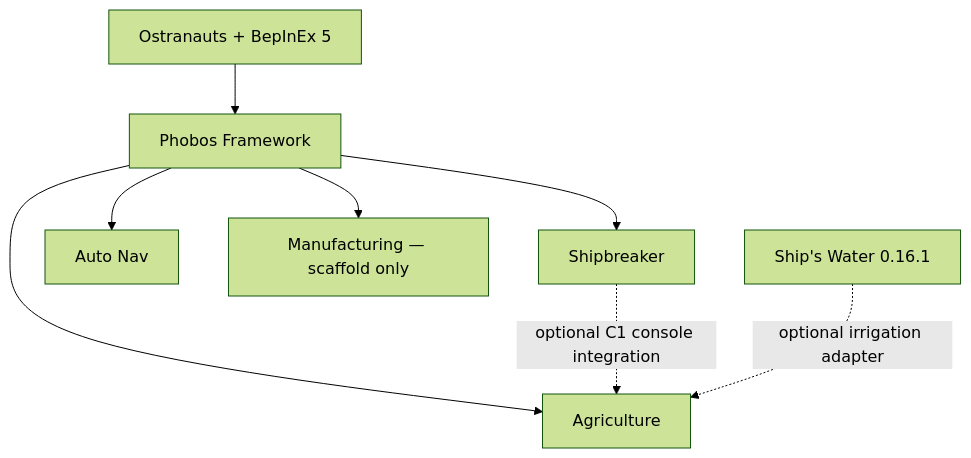
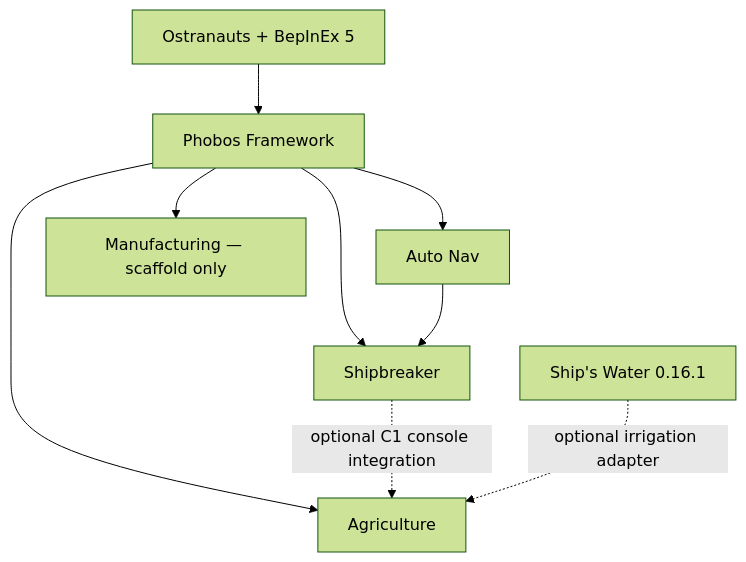
The diagram in README.md (phobos-dthorga/phobos-ostranauts), drawn with Mermaid (forest theme) before and after one commit. The commit also changed other lines of this file and 105 other files, not shown here.

````diff
--- a/README.md
+++ b/README.md
@@ -43,10 +43,11 @@
 ```mermaid
 flowchart TD
     Game["Ostranauts + BepInEx 5"] --> Framework["Phobos Framework"]
     Framework --> Shipbreaker["Shipbreaker"]
     Framework --> AutoNav["Auto Nav"]
+    AutoNav --> Shipbreaker
     Framework --> Agriculture["Agriculture"]
     Framework --> Manufacturing["Manufacturing — scaffold only"]
     Shipbreaker -. "optional C1 console integration" .-> Agriculture
     Water["Ship's Water 0.16.1"] -. "optional irrigation adapter" .-> Agriculture
 ```
````
